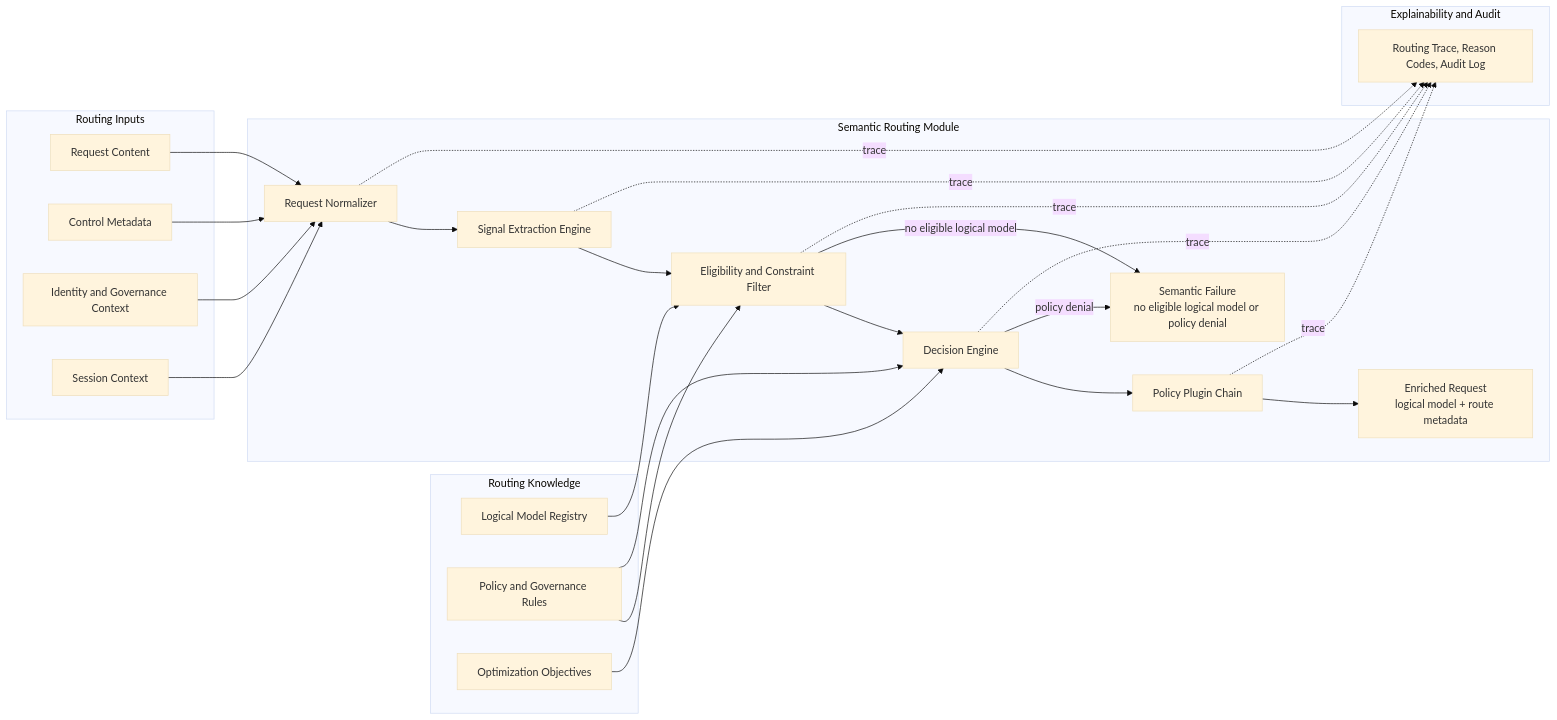
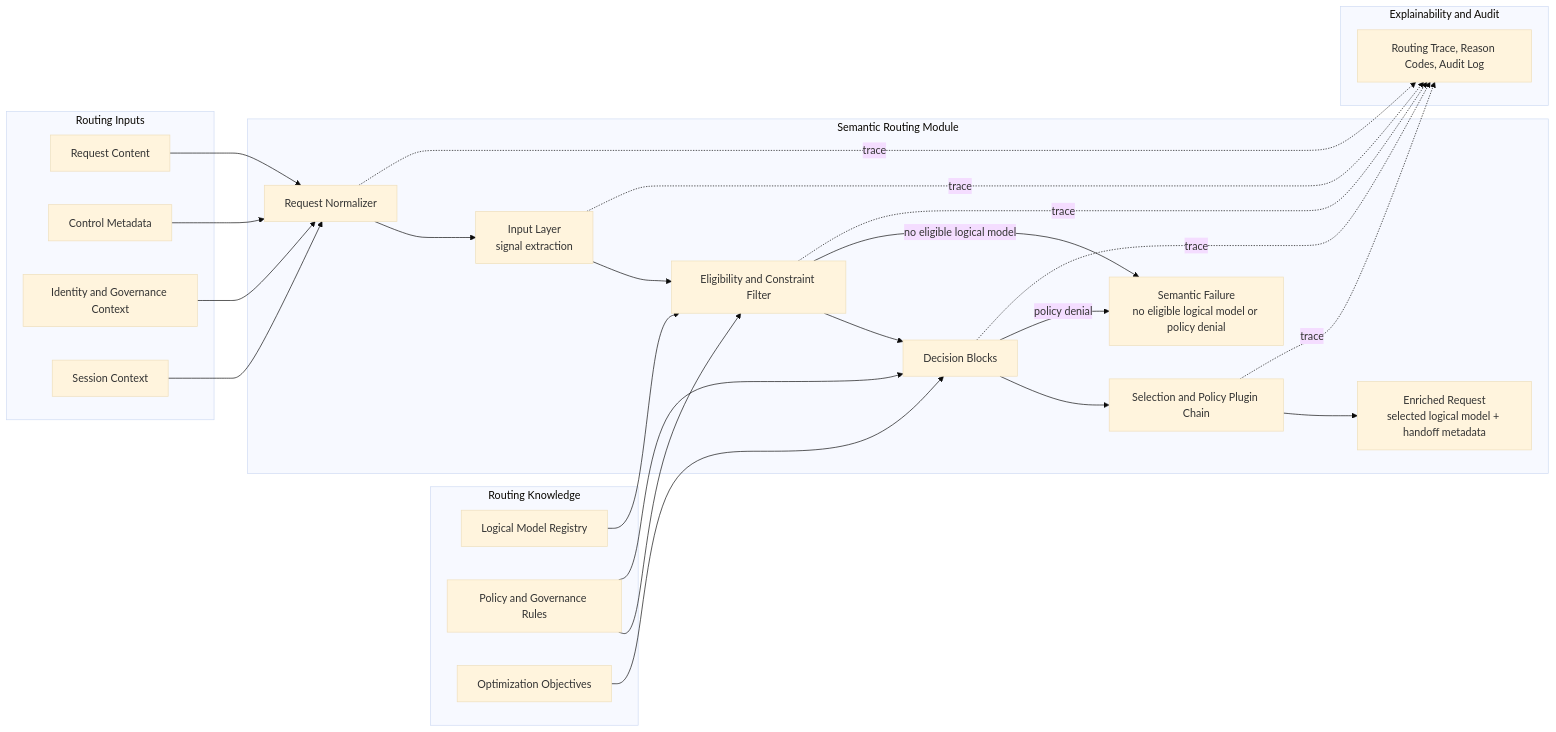
One commit to puyanguvic/semenatic_routing_and_load_balance changed the diagram in semantic_routing_module.md. Above: the diagram before and after it, drawn with Mermaid (base theme). The commit also changed other lines of this file and 5 other files, not shown here.

Commit message:
Align diagrams with semantic routing paper

````diff
--- a/semantic_routing_module.md
+++ b/semantic_routing_module.md
@@ -126,49 +119,49 @@
 ```mermaid
 flowchart LR
     subgraph Inputs[Routing Inputs]
         Content[Request Content]
         Control[Control Metadata]
         Identity[Identity and Governance Context]
         Session[Session Context]
     end
 
     subgraph Knowledge[Routing Knowledge]
         Registry[Logical Model Registry]
         Policies[Policy and Governance Rules]
         Objectives[Optimization Objectives]
     end
 
     subgraph Router[Semantic Routing Module]
         Normalize[Request Normalizer]
-        Signals[Signal Extraction Engine]
+        Signals[Input Layer<br/>signal extraction]
         Filter[Eligibility and Constraint Filter]
-        Decide[Decision Engine]
-        Plugins[Policy Plugin Chain]
-        Output[Enriched Request<br/>logical model + route metadata]
+        Decide[Decision Blocks]
+        Plugins[Selection and Policy Plugin Chain]
+        Output[Enriched Request<br/>selected logical model + handoff metadata]
         Reject[Semantic Failure<br/>no eligible logical model or policy denial]
     end
 
     subgraph Explain[Explainability and Audit]
         Trace[Routing Trace, Reason Codes, Audit Log]
     end
 
     Content --> Normalize
     Control --> Normalize
     Identity --> Normalize
     Session --> Normalize
 
     Normalize --> Signals --> Filter --> Decide --> Plugins --> Output
     Registry --> Filter
     Policies --> Filter
     Policies --> Decide
     Objectives --> Decide
 
     Filter -->|no eligible logical model| Reject
     Decide -->|policy denial| Reject
 
     Normalize -. trace .-> Trace
     Signals -. trace .-> Trace
     Filter -. trace .-> Trace
     Decide -. trace .-> Trace
     Plugins -. trace .-> Trace
 ```
````
